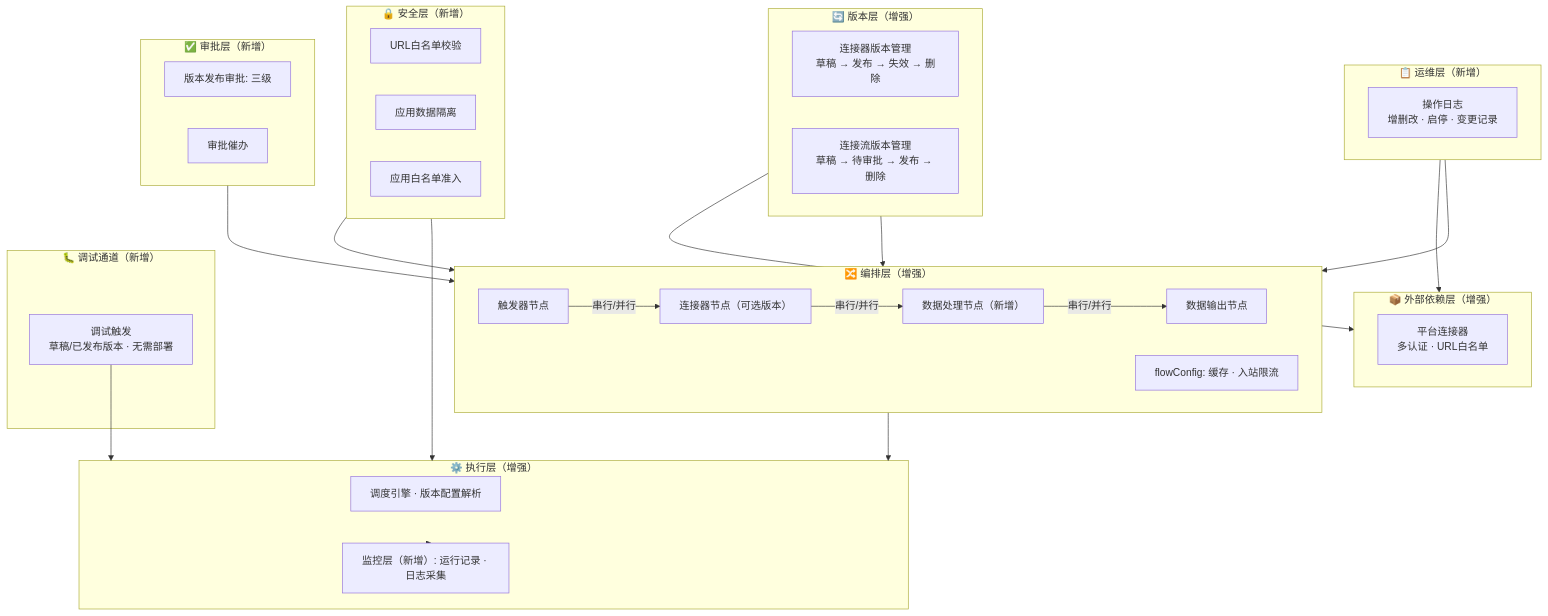
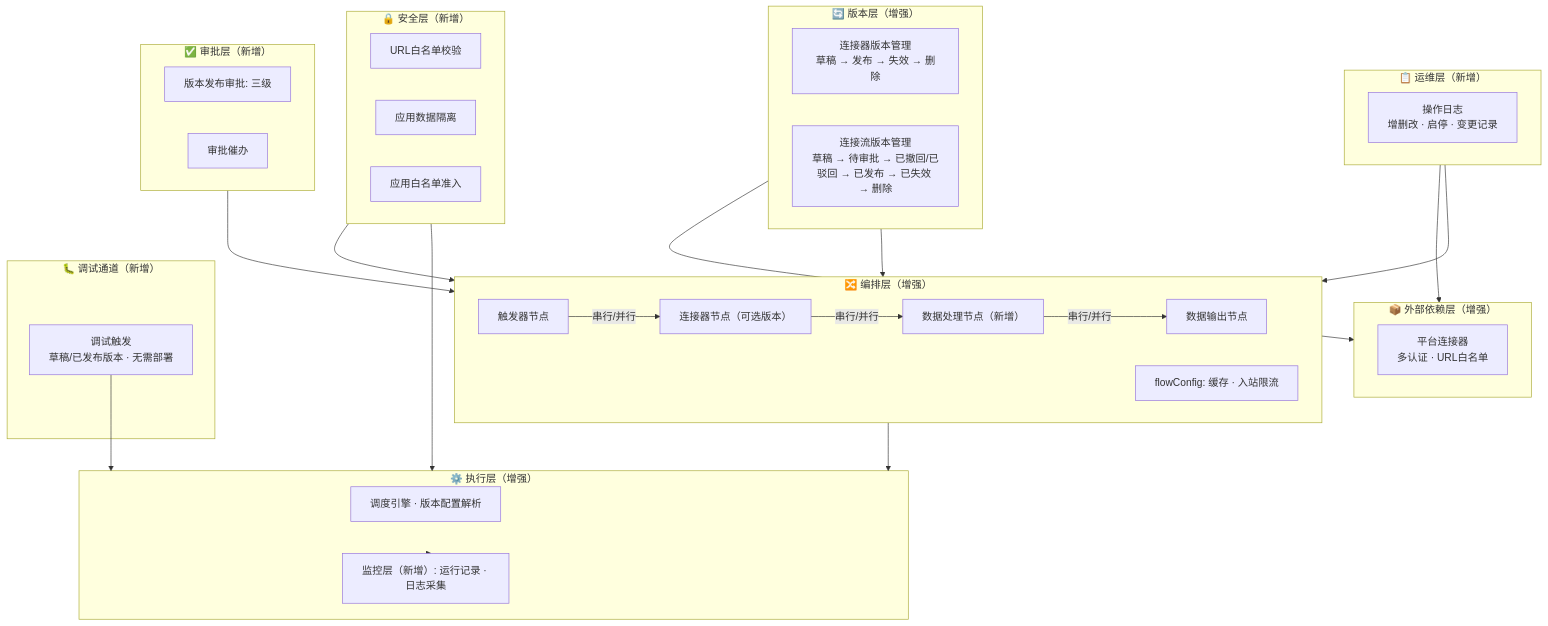
The first of 2 diagrams in .sddu/specs-tree-root/specs-tree-connector-platform-v2/plan.md (THZSummer/open-app), drawn with Mermaid before and after one commit. The commit also changed other lines of this file and 4 other files, not shown here.

````diff
--- a/.sddu/specs-tree-root/specs-tree-connector-platform-v2/plan.md
+++ b/.sddu/specs-tree-root/specs-tree-connector-platform-v2/plan.md
@@ -21,53 +21,53 @@
 ```mermaid
 graph TB
     subgraph Ver["🔄 版本层（增强）"]
         CV["连接器版本管理\n草稿 → 发布 → 失效 → 删除"]
-        FV["连接流版本管理\n草稿 → 待审批 → 发布 → 删除"]
+        FV["连接流版本管理\n草稿 → 待审批 → 已撤回/已驳回 → 已发布 → 已失效 → 删除"]
     end
 
     subgraph Dep["📦 外部依赖层（增强）"]
         Conn["平台连接器\n多认证 · URL白名单"]
     end
 
     subgraph Flow["🔀 编排层（增强）"]
         EN["触发器节点"] -->|串行/并行| CN["连接器节点（可选版本）"]
         CN -->|串行/并行| PN["数据处理节点（新增）"]
         PN -->|串行/并行| EX["数据输出节点"]
         FC["flowConfig: 缓存 · 入站限流"]
     end
 
     subgraph RT["⚙️ 执行层（增强）"]
         R["调度引擎 · 版本配置解析"]
         M["监控层（新增）: 运行记录 · 日志采集"]
     end
 
     subgraph Sec["🔒 安全层（新增）"]
         WL["URL白名单校验"]
         ISO["应用数据隔离"]
         AWL["应用白名单准入"]
     end
 
     subgraph Appr["✅ 审批层（新增）"]
         DA["版本发布审批: 三级"]
         UR["审批催办"]
     end
 
     subgraph DBG["🐛 调试通道（新增）"]
         DRAFT["调试触发\n草稿/已发布版本 · 无需部署"]
     end
 
     subgraph Ops["📋 运维层（新增）"]
         LOG["操作日志\n增删改 · 启停 · 变更记录"]
     end
 
     Ver --> Dep
     Ver --> Flow
     Flow --> RT
     RT --> M
     Sec --> Flow
     Sec --> RT
     Appr --> Flow
     DRAFT --> RT
     Ops --> Dep
     Ops --> Flow
 ```
````
